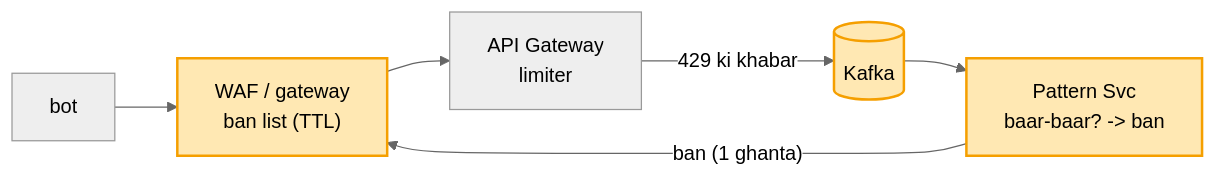
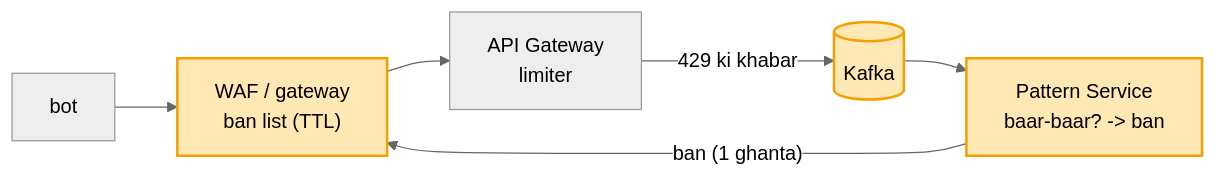
The seventh of 10 diagrams in 04_HLD/SYSTEM_DESIGNS/02_rate_limiter/02_rate_limiter.md (ArpanMaheshwari144/Prep), drawn with Mermaid (neutral theme) before and after one commit. The commit also changed other lines of this file and 8 other files, not shown here.

````diff
--- a/04_HLD/SYSTEM_DESIGNS/02_rate_limiter/02_rate_limiter.md
+++ b/04_HLD/SYSTEM_DESIGNS/02_rate_limiter/02_rate_limiter.md
@@ -227,11 +227,11 @@
 ```mermaid
 flowchart LR
     U["bot"] --> W["WAF / gateway<br/>ban list (TTL)"]
     W --> G["API Gateway<br/>limiter"]
     G -- "429 ki khabar" --> K[("Kafka")]
-    K --> P["Pattern Svc<br/>baar-baar? -> ban"]
+    K --> P["Pattern Service<br/>baar-baar? -> ban"]
     P -- "ban (1 ghanta)" --> W
     style K fill:#ffe8b3,stroke:#f59f00,stroke-width:2px,color:#000
     style P fill:#ffe8b3,stroke:#f59f00,stroke-width:2px,color:#000
     style W fill:#ffe8b3,stroke:#f59f00,stroke-width:2px,color:#000
 ```
````
